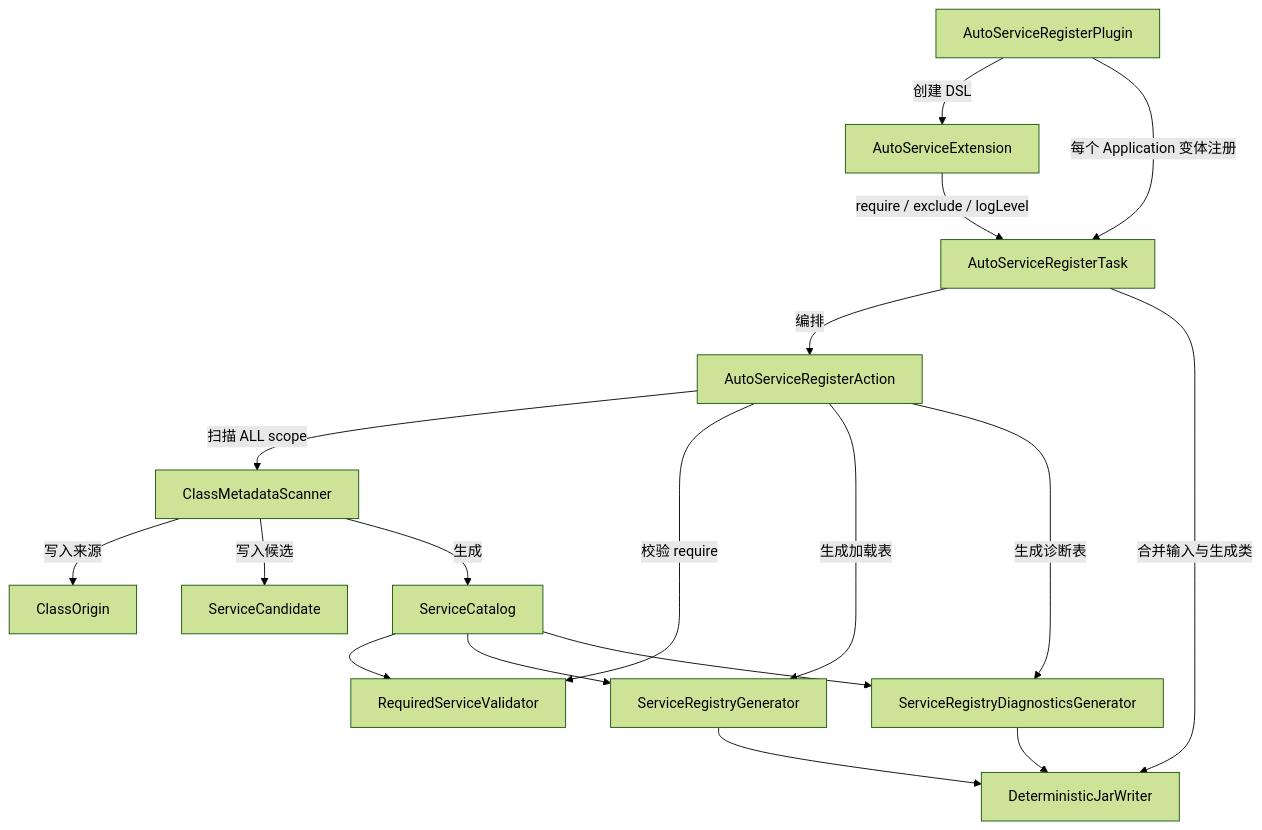
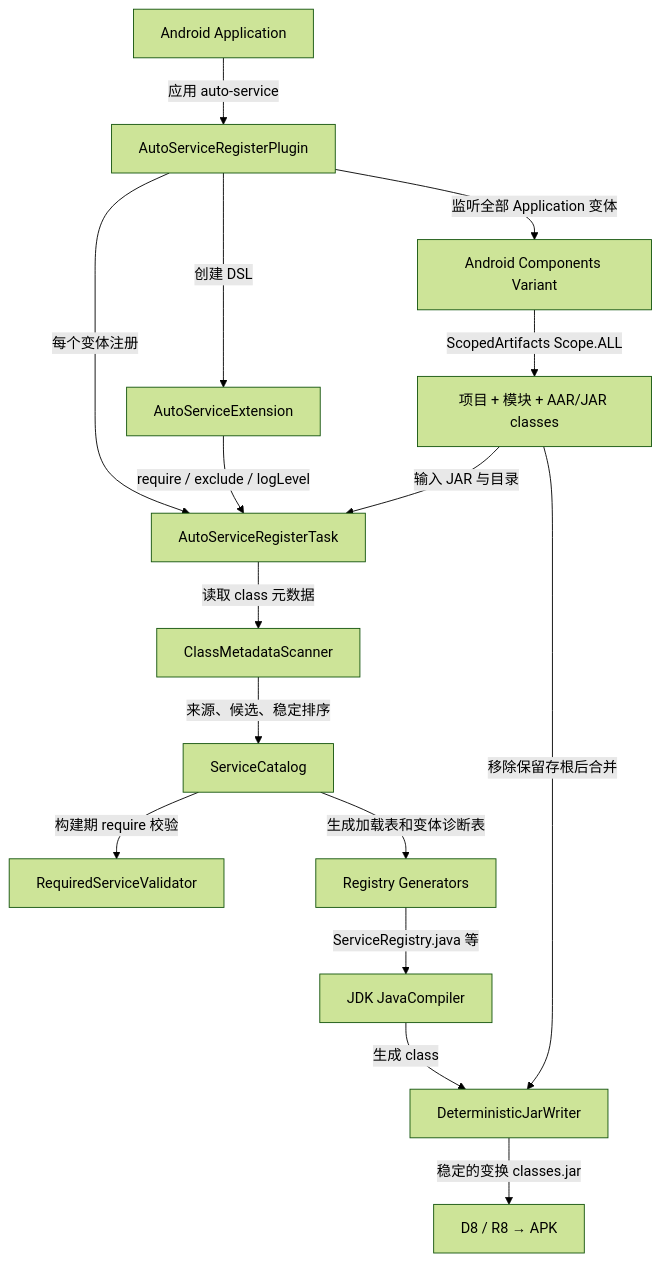
The diagram in diagrams/plugin-build-pipeline.mmd (anymao/auto-service-android), drawn with Mermaid (forest theme) before and after one commit. The commit also changed 46 other files, not shown here.

Commit message:
feat: finalize auto-service 0.0.13

```diff
--- a/diagrams/plugin-build-pipeline.mmd
+++ b/diagrams/plugin-build-pipeline.mmd
@@ -1,18 +1,16 @@
 graph TD
-    Plugin["AutoServiceRegisterPlugin"] -->|创建 DSL| Extension["AutoServiceExtension"]
-    Plugin -->|每个 Application 变体注册| Task["AutoServiceRegisterTask"]
+    App["Android Application"] -->|应用 auto-service| Plugin["AutoServiceRegisterPlugin"]
+    Plugin -->|创建 DSL| Extension["AutoServiceExtension"]
+    Plugin -->|监听全部 Application 变体| Variant["Android Components Variant"]
+    Variant -->|ScopedArtifacts Scope.ALL| Scope["项目 + 模块 + AAR/JAR classes"]
+    Plugin -->|每个变体注册| Task["AutoServiceRegisterTask"]
     Extension -->|require / exclude / logLevel| Task
-    Task -->|编排| Action["AutoServiceRegisterAction"]
-    Action -->|扫描 ALL scope| Scanner["ClassMetadataScanner"]
-    Scanner -->|写入来源| Origin["ClassOrigin"]
-    Scanner -->|写入候选| Candidate["ServiceCandidate"]
-    Scanner -->|生成| Catalog["ServiceCatalog"]
-    Action -->|校验 require| Validator["RequiredServiceValidator"]
-    Catalog --> Validator
-    Action -->|生成加载表| RegistryGen["ServiceRegistryGenerator"]
-    Action -->|生成诊断表| DiagnosticsGen["ServiceRegistryDiagnosticsGenerator"]
-    Catalog --> RegistryGen
-    Catalog --> DiagnosticsGen
-    Task -->|合并输入与生成类| JarWriter["DeterministicJarWriter"]
-    RegistryGen --> JarWriter
-    DiagnosticsGen --> JarWriter
+    Scope -->|输入 JAR 与目录| Task
+    Task -->|读取 class 元数据| Scanner["ClassMetadataScanner"]
+    Scanner -->|来源、候选、稳定排序| Catalog["ServiceCatalog"]
+    Catalog -->|构建期 require 校验| Validator["RequiredServiceValidator"]
+    Catalog -->|生成加载表和变体诊断表| Generators["Registry Generators"]
+    Generators -->|ServiceRegistry.java 等| Compiler["JDK JavaCompiler"]
+    Compiler -->|生成 class| Writer["DeterministicJarWriter"]
+    Scope -->|移除保留存根后合并| Writer
+    Writer -->|稳定的变换 classes.jar| Dex["D8 / R8 → APK"]
```
